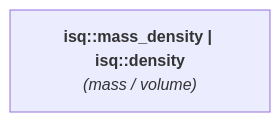
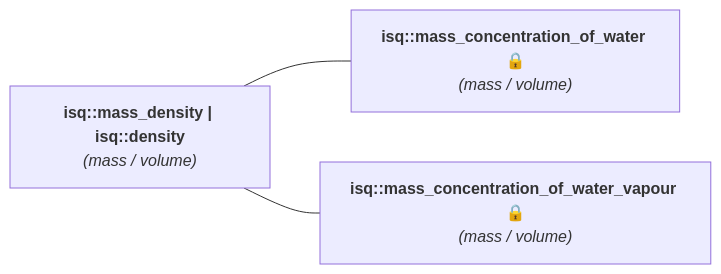
One commit to mpusz/mp-units changed the diagram in docs/reference/systems_reference/hierarchies/mass_density.md. Above: the diagram before and after it, drawn with Mermaid. The commit also changed other lines of this file and 38 other files, not shown here.

````diff
--- a/docs/reference/systems_reference/hierarchies/mass_density.md
+++ b/docs/reference/systems_reference/hierarchies/mass_density.md
@@ -8,4 +8,8 @@
 ```mermaid
 flowchart LR
     isq_mass_density["<b><a href="../../systems/isq/#mass_density" style="color: var(--md-mermaid-label-fg-color); text-decoration: none;">isq::mass_density</a> | <a href="../../systems/isq/#density" style="color: var(--md-mermaid-label-fg-color); text-decoration: none;">isq::density</a></b><br><i>(<a href="../../systems/isq/#mass" style="color: var(--md-mermaid-label-fg-color); text-decoration: none;">mass</a> / <a href="../../systems/isq/#volume" style="color: var(--md-mermaid-label-fg-color); text-decoration: none;">volume</a>)</i>"]
+    isq_mass_concentration_of_water["<b><a href="../../systems/isq/#mass_concentration_of_water" style="color: var(--md-mermaid-label-fg-color); text-decoration: none;">isq::mass_concentration_of_water</a> 🔒</b><br><i>(<a href="../../systems/isq/#mass" style="color: var(--md-mermaid-label-fg-color); text-decoration: none;">mass</a> / <a href="../../systems/isq/#volume" style="color: var(--md-mermaid-label-fg-color); text-decoration: none;">volume</a>)</i>"]
+    isq_mass_density --- isq_mass_concentration_of_water
+    isq_mass_concentration_of_water_vapour["<b><a href="../../systems/isq/#mass_concentration_of_water_vapour" style="color: var(--md-mermaid-label-fg-color); text-decoration: none;">isq::mass_concentration_of_water_vapour</a> 🔒</b><br><i>(<a href="../../systems/isq/#mass" style="color: var(--md-mermaid-label-fg-color); text-decoration: none;">mass</a> / <a href="../../systems/isq/#volume" style="color: var(--md-mermaid-label-fg-color); text-decoration: none;">volume</a>)</i>"]
+    isq_mass_density --- isq_mass_concentration_of_water_vapour
 ```
````
